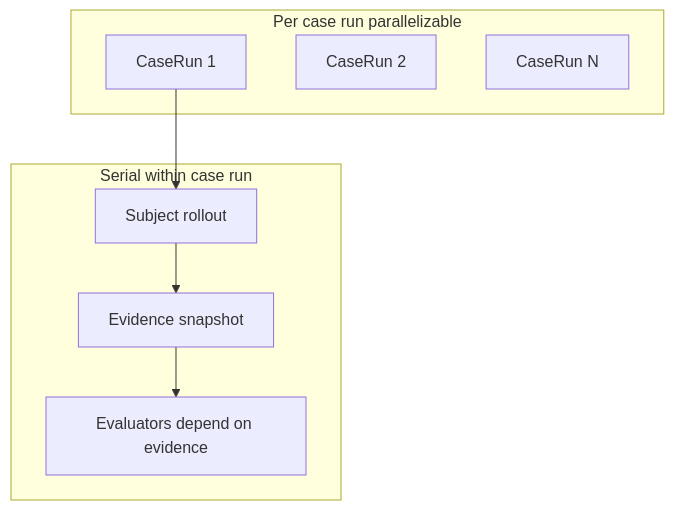
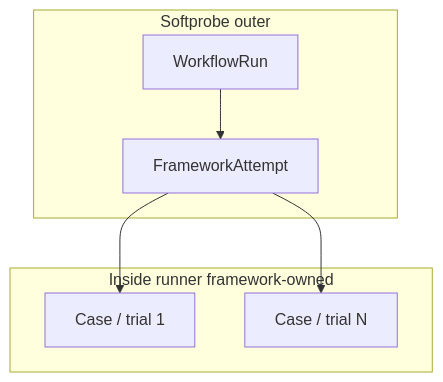
Before and after one commit to softprobe/document-website: the second of 3 diagrams in en/evaluation/architecture/execution-dag.md, drawn with Mermaid. The commit also changed other lines of this file and 57 other files, not shown here.

````diff
--- a/en/evaluation/architecture/execution-dag.md
+++ b/en/evaluation/architecture/execution-dag.md
@@ -39,14 +34,13 @@
 ```mermaid
 flowchart TB
-  subgraph perCase [Per case run parallelizable]
-    CR1[CaseRun 1]
-    CR2[CaseRun 2]
-    CR3[CaseRun N]
+  subgraph outer [Softprobe outer]
+    WR[WorkflowRun]
+    FA1[FrameworkAttempt]
+    WR --> FA1
   end
-  subgraph serial [Serial within case run]
-    S1[Subject rollout]
-    S2[Evidence snapshot]
-    S3[Evaluators depend on evidence]
+  subgraph inside [Inside runner framework-owned]
+    T1[Case / trial 1]
+    T2[Case / trial N]
   end
-  CR1 --> S1 --> S2 --> S3
+  FA1 --> T1 & T2
 ```
````
